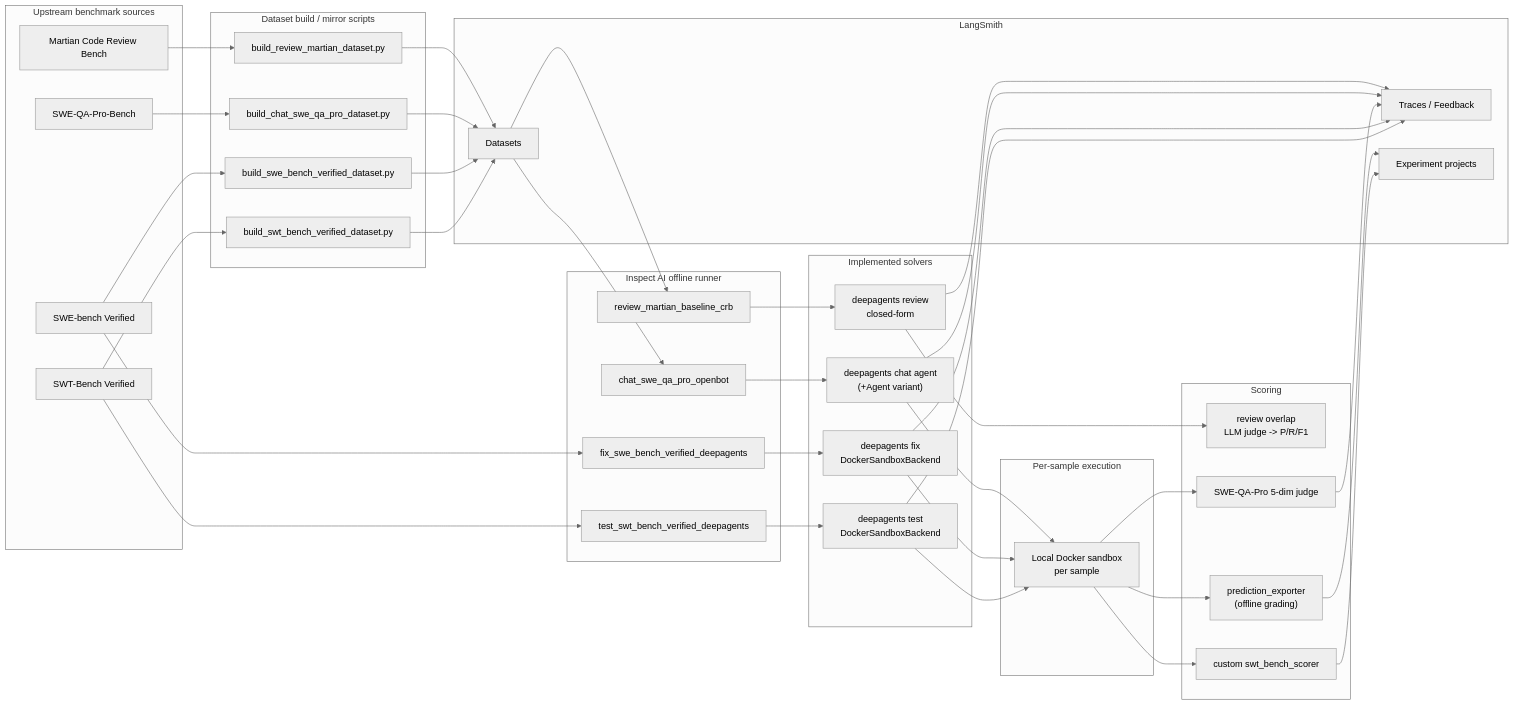
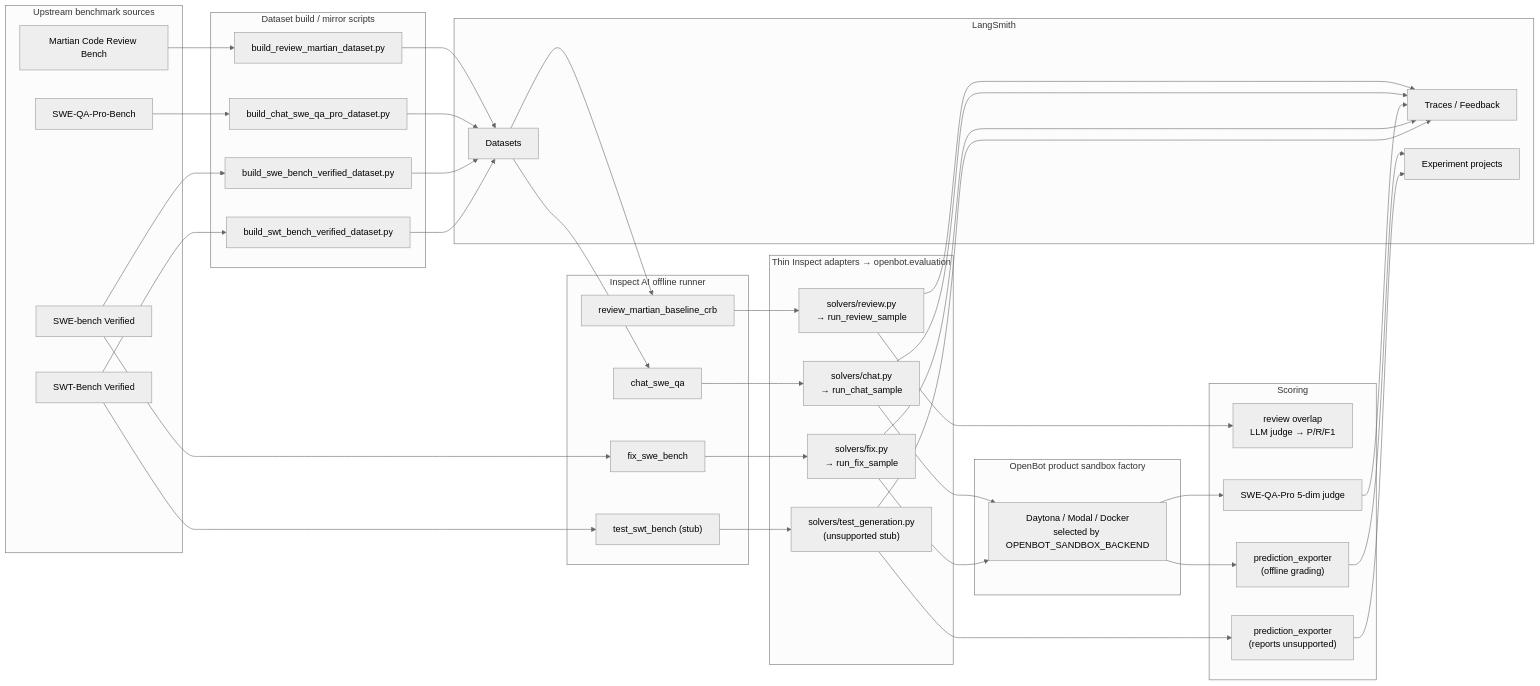
The diagram in evals/README.md (YiAgent/openbot), drawn with Mermaid (neutral theme) before and after one commit. The commit also changed other lines of this file and 170 other files, not shown here.

First line of the commit message:
v0.1.1 refactor(evals): Phase 1+2+3 — evals runtime redesign (delete agents/sandboxes, add openbot.evaluation facade) (#79)

````diff
--- a/evals/README.md
+++ b/evals/README.md
@@ -17,71 +17,71 @@
 ```mermaid
 flowchart LR
     subgraph Upstream["Upstream benchmark sources"]
         Martian["Martian Code Review Bench"]
         SWEQA["SWE-QA-Pro-Bench"]
         SWEBench["SWE-bench Verified"]
         SWTBench["SWT-Bench Verified"]
     end
 
     subgraph DatasetBuild["Dataset build / mirror scripts"]
         BuildReview["build_review_martian_dataset.py"]
         BuildChat["build_chat_swe_qa_pro_dataset.py"]
         BuildFix["build_swe_bench_verified_dataset.py"]
         BuildTest["build_swt_bench_verified_dataset.py"]
     end
 
     subgraph LangSmith["LangSmith"]
         LSDatasets["Datasets"]
         LSTraces["Traces / Feedback"]
         LSExperiments["Experiment projects"]
     end
 
     subgraph Inspect["Inspect AI offline runner"]
         ReviewTask["review_martian_baseline_crb"]
-        ChatTask["chat_swe_qa_pro_openbot"]
-        FixTask["fix_swe_bench_verified_deepagents"]
-        TestTask["test_swt_bench_verified_deepagents"]
+        ChatTask["chat_swe_qa"]
+        FixTask["fix_swe_bench"]
+        TestTask["test_swt_bench (stub)"]
     end
 
-    subgraph Solvers["Implemented solvers"]
-        ReviewSolver["deepagents review\nclosed-form"]
-        ChatSolver["deepagents chat agent\n(+Agent variant)"]
-        FixSolver["deepagents fix\nDockerSandboxBackend"]
-        TestSolver["deepagents test\nDockerSandboxBackend"]
+    subgraph Solvers["Thin Inspect adapters → openbot.evaluation"]
+        ReviewSolver["solvers/review.py\n→ run_review_sample"]
+        ChatSolver["solvers/chat.py\n→ run_chat_sample"]
+        FixSolver["solvers/fix.py\n→ run_fix_sample"]
+        TestSolver["solvers/test_generation.py\n(unsupported stub)"]
     end
 
-    subgraph Sandbox["Per-sample execution"]
-        Docker["Local Docker sandbox\nper sample"]
+    subgraph Sandbox["OpenBot product sandbox factory"]
+        Backend["Daytona / Modal / Docker\nselected by OPENBOT_SANDBOX_BACKEND"]
     end
 
     subgraph Scorers["Scoring"]
-        ReviewScore["review overlap\nLLM judge -> P/R/F1"]
+        ReviewScore["review overlap\nLLM judge → P/R/F1"]
         ChatScore["SWE-QA-Pro 5-dim judge"]
         FixScore["prediction_exporter\n(offline grading)"]
-        TestScore["custom swt_bench_scorer"]
+        TestScore["prediction_exporter\n(reports unsupported)"]
     end
 
     Martian --> BuildReview --> LSDatasets
     SWEQA --> BuildChat --> LSDatasets
     SWEBench --> BuildFix --> LSDatasets
     SWTBench --> BuildTest --> LSDatasets
 
     LSDatasets --> ReviewTask
     LSDatasets --> ChatTask
 
     SWEBench --> FixTask
     SWTBench --> TestTask
 
     ReviewTask --> ReviewSolver --> ReviewScore
-    ChatTask --> ChatSolver --> Docker --> ChatScore
-    FixTask --> FixSolver --> Docker --> FixScore
-    TestTask --> TestSolver --> Docker --> TestScore
+    ChatTask --> ChatSolver --> Backend --> ChatScore
+    FixTask --> FixSolver --> Backend --> FixScore
+    TestTask --> TestSolver --> TestScore
 
     ReviewSolver --> LSTraces
     ChatSolver --> LSTraces
     ChatScore --> LSTraces
     FixSolver --> LSTraces
     TestSolver --> LSTraces
     FixScore --> LSExperiments
     TestScore --> LSExperiments
 ```
````
